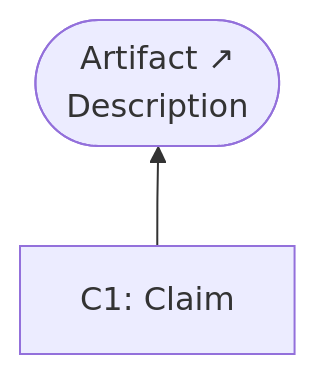
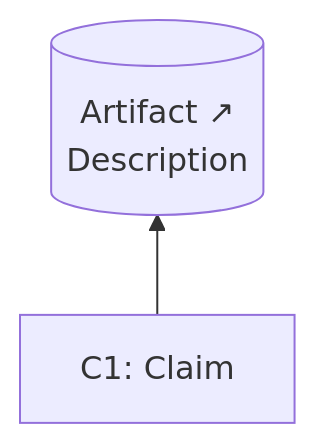
Before and after one commit to coreinfrastructure/best-practices-badge: diagram 16 of 19 in docs/sacm-mermaid.md, drawn with Mermaid. The commit also changed other lines of this file, not shown here.

First line of the commit message:
Switch ArtifactReference shape to cylinder; add Demonstrations section

````diff
--- a/docs/sacm-mermaid.md
+++ b/docs/sacm-mermaid.md
@@ -548,6 +560,6 @@
 ```mermaid
 flowchart BT
     C1["C1: Claim"]
-    AR1(["Artifact ↗<br/>Description"])
+    AR1[("Artifact ↗<br/>Description")]
     C1 --> AR1
 ```
````
